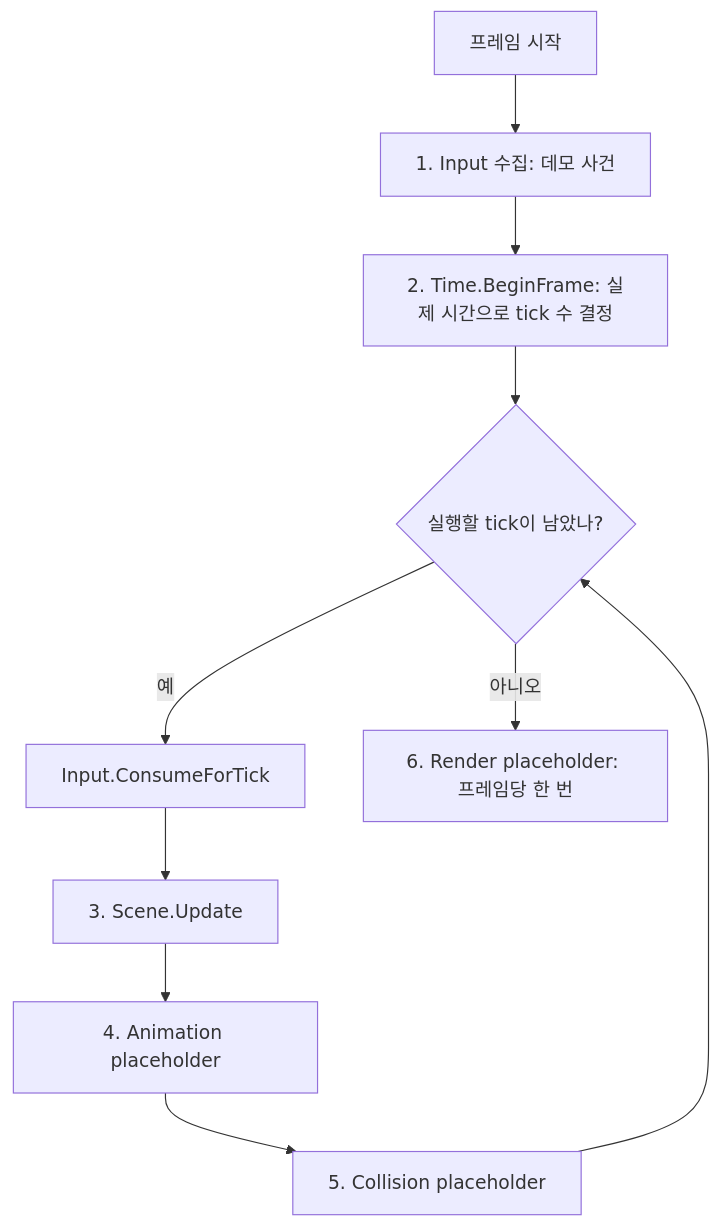
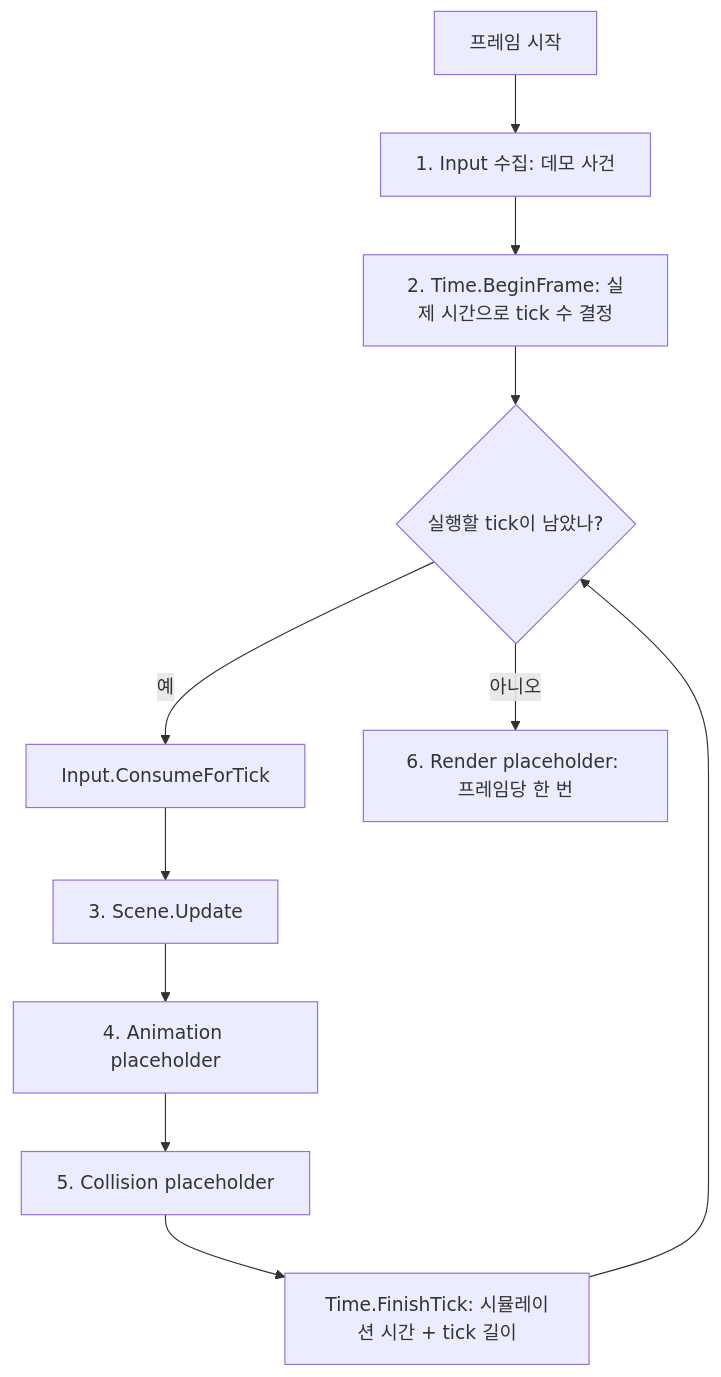
One commit to jung-seung-hwan/Nereides-Engine2 changed the second of 2 diagrams in docs/stages/02-input-time.md. Above: the diagram before and after it, drawn with Mermaid. The commit also changed other lines of this file and 7 other files, not shown here.

First line of the commit message:
fix: advance simulation time per tick and keep diagonal speed

````diff
--- a/docs/stages/02-input-time.md
+++ b/docs/stages/02-input-time.md
@@ -40,12 +40,13 @@
 ```mermaid
 flowchart TD
     Start["프레임 시작"] --> Collect["1. Input 수집: 데모 사건"]
     Collect --> Begin["2. Time.BeginFrame: 실제 시간으로 tick 수 결정"]
     Begin --> Left{"실행할 tick이 남았나?"}
     Left -->|예| Consume["Input.ConsumeForTick"]
     Consume --> Objects["3. Scene.Update"]
     Objects --> Anim["4. Animation placeholder"]
     Anim --> Coll["5. Collision placeholder"]
-    Coll --> Left
+    Coll --> Finish["Time.FinishTick: 시뮬레이션 시간 + tick 길이"]
+    Finish --> Left
     Left -->|아니오| Render["6. Render placeholder: 프레임당 한 번"]
 ```
````
